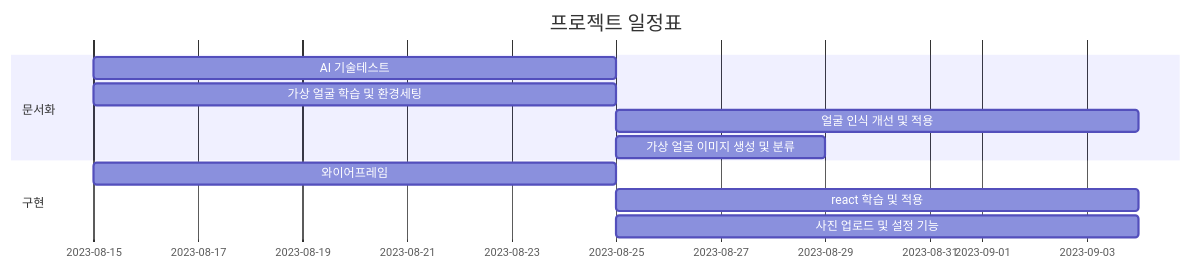
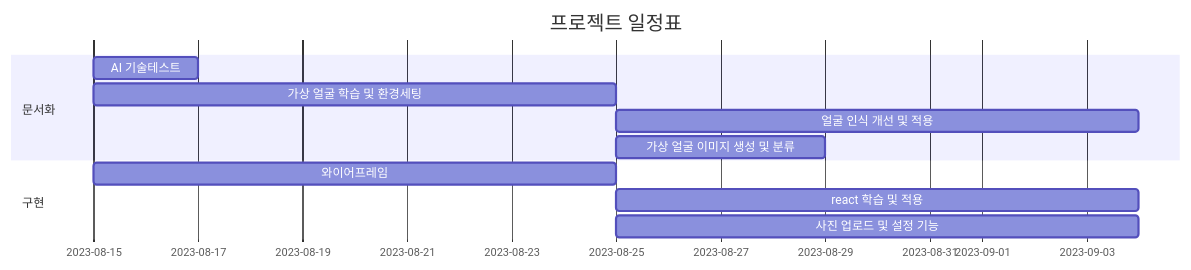
Before and after one commit to mmingu/mmingu: the diagram in README.md, drawn with Mermaid.

````diff
--- a/README.md
+++ b/README.md
@@ -5,16 +5,16 @@
 ```mermaid
 gantt
     title 프로젝트 일정표
     dateFormat  YYYY-MM-DD
     section 문서화
-    AI 기술테스트  : , 2023-08-15, 10d
+    AI 기술테스트  : a1, 2023-08-15, 2d
     가상 얼굴 학습 및 환경세팅  : 2023-08-15, 10d
     얼굴 인식 개선 및 적용 : after a1, 10d
     가상 얼굴 이미지 생성 및 분류 : after a1, 4d
 
     section 구현 
     와이어프레임     :a1,2023-08-15, 10d
     react 학습 및 적용 : after a1,  10d
     사진 업로드 및 설정 기능 :after a1 , 10d
 
 ```
````
